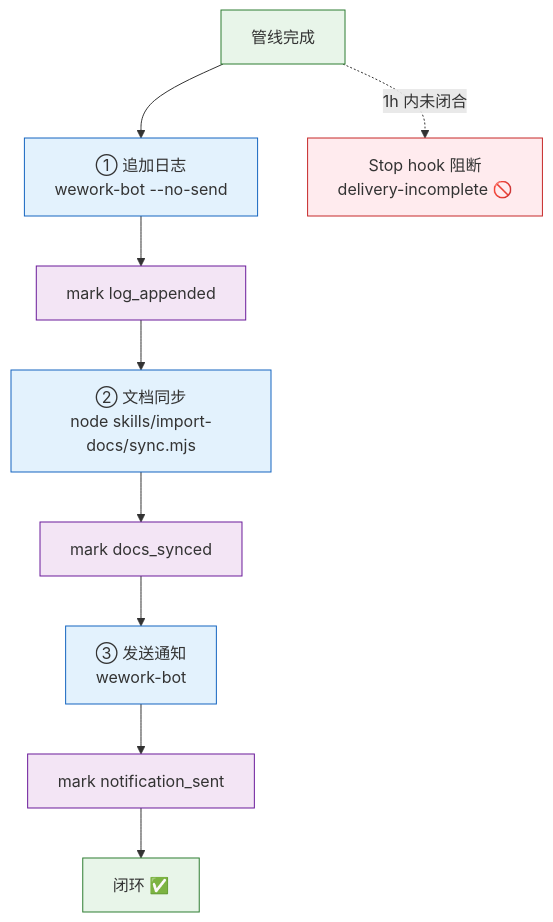
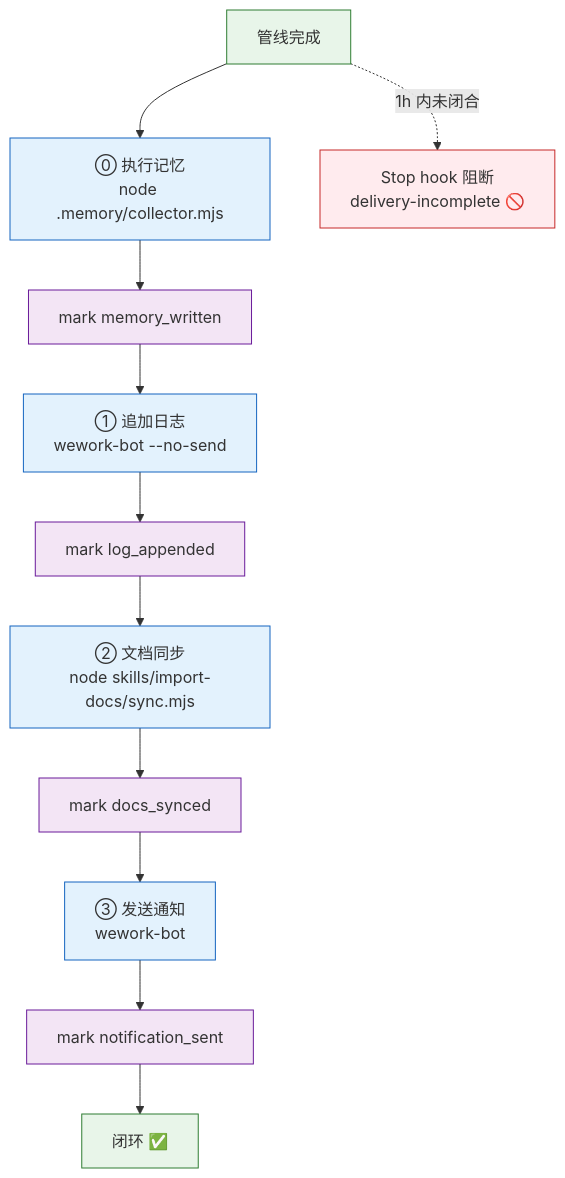
The first of 10 diagrams in rules/delivery-gate.md (effiy/YrY), drawn with Mermaid before and after one commit. The commit also changed other lines of this file and 50 other files, not shown here.

````diff
--- a/rules/delivery-gate.md
+++ b/rules/delivery-gate.md
@@ -29,18 +31,20 @@
 ```mermaid
 flowchart TB
-    DONE["管线完成"]:::src --> S1["① 追加日志<br/>wework-bot --no-send"]:::step
+    DONE["管线完成"]:::src --> S0["⓪ 执行记忆<br/>node .memory/collector.mjs"]:::step
+    S0 --> M0["mark memory_written"]:::mark
+    M0 --> S1["① 追加日志<br/>wework-bot --no-send"]:::step
     S1 --> M1["mark log_appended"]:::mark
     M1 --> S2["② 文档同步<br/>node skills/import-docs/sync.mjs"]:::step
     S2 --> M2["mark docs_synced"]:::mark
     M2 --> S3["③ 发送通知<br/>wework-bot"]:::step
     S3 --> M3["mark notification_sent"]:::mark
     M3 --> CLOSED["闭环 ✅"]:::done
 
     DONE -.->|"1h 内未闭合"| STOP["Stop hook 阻断<br/>delivery-incomplete 🚫"]:::block
 
     classDef src fill:#e8f5e9,stroke:#2e7d32;
     classDef step fill:#e3f2fd,stroke:#1565c0;
     classDef mark fill:#f3e5f5,stroke:#6a1b9a;
     classDef done fill:#e8f5e9,stroke:#2e7d32;
     classDef block fill:#ffebee,stroke:#c62828;
 ```
````
